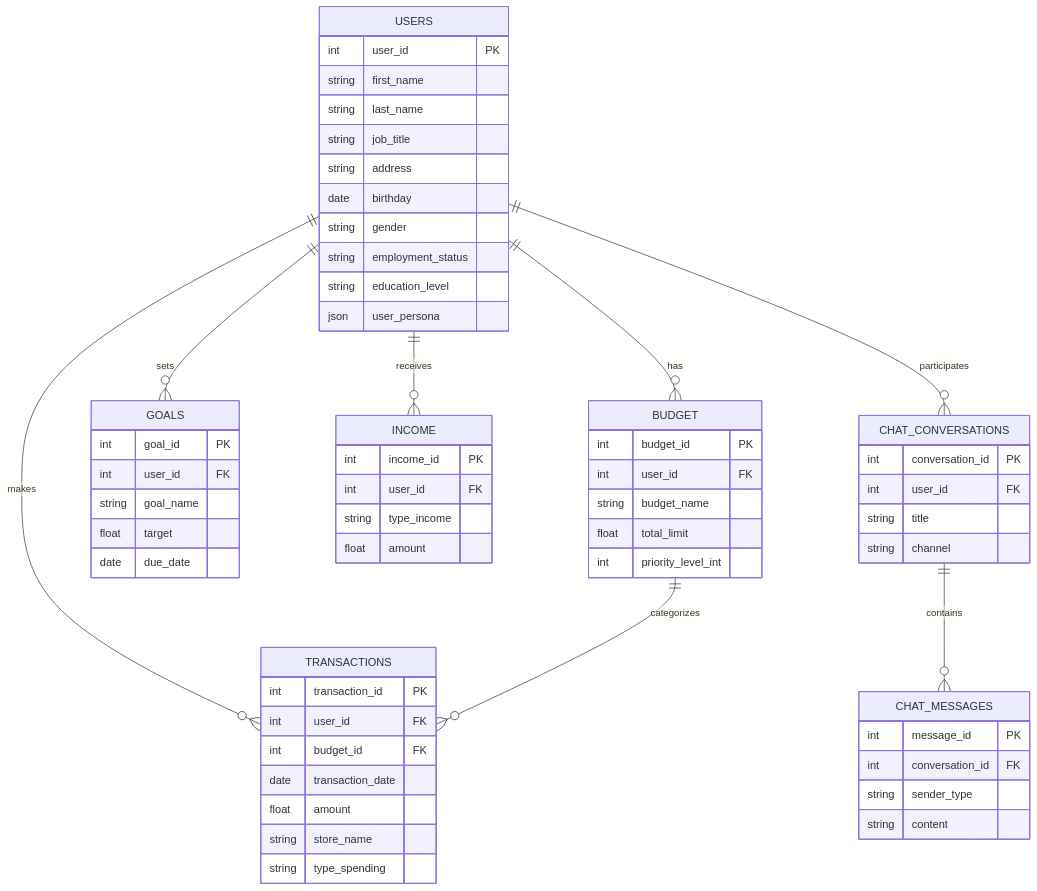
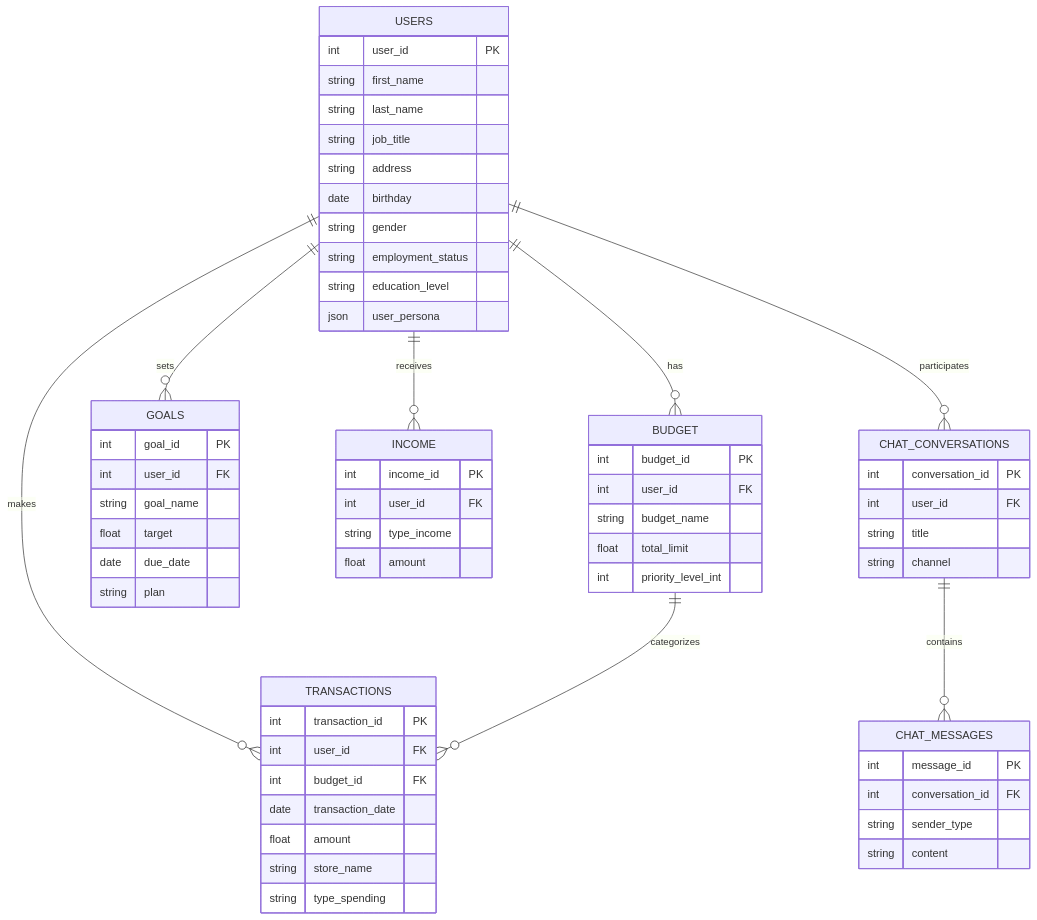
One commit to Apo-Eclipse/Grad changed the sixth of 6 diagrams in COMPREHENSIVE_DOCUMENTATION.md. Above: the diagram before and after it, drawn with Mermaid. The commit also changed other lines of this file and 6 other files, not shown here.

````diff
--- a/COMPREHENSIVE_DOCUMENTATION.md
+++ b/COMPREHENSIVE_DOCUMENTATION.md
@@ -217,64 +217,65 @@
 ```mermaid
 erDiagram
     USERS ||--o{ BUDGET : has
     USERS ||--o{ GOALS : sets
     USERS ||--o{ INCOME : receives
     USERS ||--o{ TRANSACTIONS : makes
     USERS ||--o{ CHAT_CONVERSATIONS : participates
     BUDGET ||--o{ TRANSACTIONS : categorizes
     CHAT_CONVERSATIONS ||--o{ CHAT_MESSAGES : contains
 
     USERS {
         int user_id PK
         string first_name
         string last_name
         string job_title
         string address
         date birthday
         string gender
         string employment_status
         string education_level
         json user_persona
     }
     BUDGET {
         int budget_id PK
         int user_id FK
         string budget_name
         float total_limit
         int priority_level_int
     }
     GOALS {
         int goal_id PK
         int user_id FK
         string goal_name
         float target
         date due_date
+        string plan
     }
     INCOME {
         int income_id PK
         int user_id FK
         string type_income
         float amount
     }
     TRANSACTIONS {
         int transaction_id PK
         int user_id FK
         int budget_id FK
         date transaction_date
         float amount
         string store_name
         string type_spending
     }
     CHAT_CONVERSATIONS {
         int conversation_id PK
         int user_id FK
         string title
         string channel
     }
     CHAT_MESSAGES {
         int message_id PK
         int conversation_id FK
         string sender_type
         string content
     }
 ```
````
